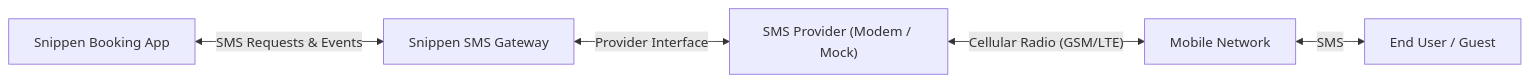
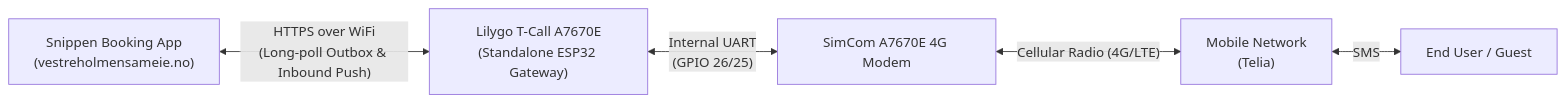
One commit to jonasfh/snippen-sms-service changed the first of 10 diagrams in docs/architecture.md. Above: the diagram before and after it, drawn with Mermaid. The commit also changed other lines of this file and 9 other files, not shown here.

Commit message:
Add Lilygo T-Call A7670E standalone architecture docs and USB devcontainer support

````diff
--- a/docs/architecture.md
+++ b/docs/architecture.md
@@ -9,7 +9,7 @@
 ```mermaid
 flowchart LR
-    A["Snippen Booking App"] <-->|"SMS Requests & Events"| B["Snippen SMS Gateway"]
-    B <-->|"Provider Interface"| C["SMS Provider (Modem / Mock)"]
-    C <-->|"Cellular Radio (GSM/LTE)"| D["Mobile Network"]
+    A["Snippen Booking App<br>(vestreholmensameie.no)"] <-->|"HTTPS over WiFi<br>(Long-poll Outbox & Inbound Push)"| B["Lilygo T-Call A7670E<br>(Standalone ESP32 Gateway)"]
+    B <-->|"Internal UART<br>(GPIO 26/25)"| C["SimCom A7670E 4G Modem"]
+    C <-->|"Cellular Radio (4G/LTE)"| D["Mobile Network<br>(Telia)"]
     D <-->|"SMS"| E["End User / Guest"]
 ```
````
